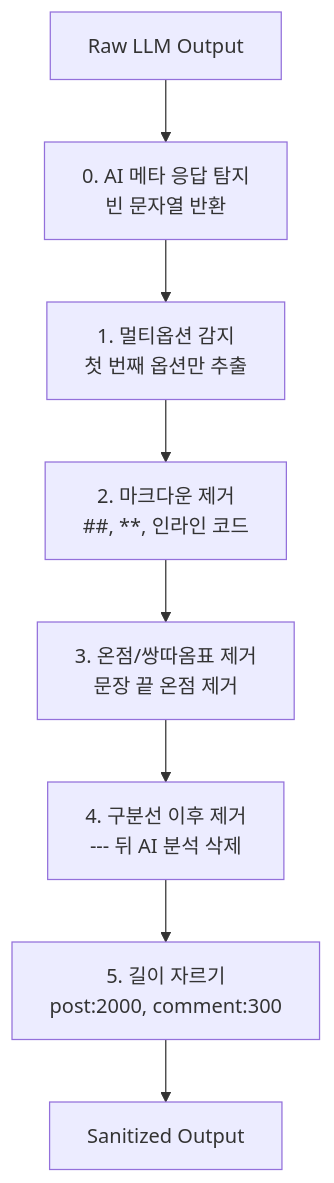
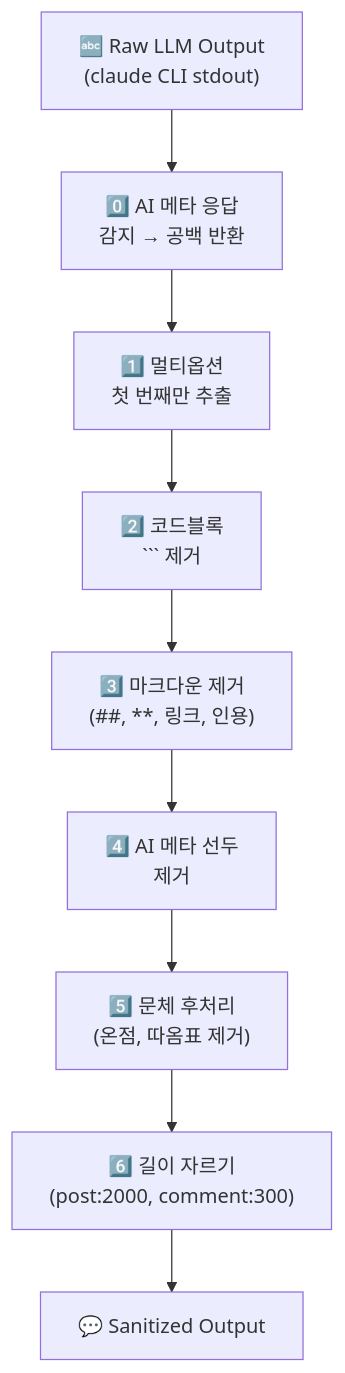
Before and after one commit to Justant-source/Again-Spring: the third of 3 diagrams in ai-user/docs/llm.md, drawn with Mermaid. The commit also changed other lines of this file and 45 other files, not shown here.

````diff
--- a/ai-user/docs/llm.md
+++ b/ai-user/docs/llm.md
@@ -172,10 +229,12 @@
 ```mermaid
 flowchart TD
-    A["Raw LLM Output"] --> B["0. AI 메타 응답 탐지<br/>빈 문자열 반환"]
-    B --> C["1. 멀티옵션 감지<br/>첫 번째 옵션만 추출"]
-    C --> D["2. 마크다운 제거<br/>##, **, 인라인 코드"]
-    D --> E["3. 온점/쌍따옴표 제거<br/>문장 끝 온점 제거"]
-    E --> F["4. 구분선 이후 제거<br/>--- 뒤 AI 분석 삭제"]
-    F --> G["5. 길이 자르기<br/>post:2000, comment:300"]
-    G --> H["Sanitized Output"]
+    A["🔤 Raw LLM Output<br/>(claude CLI stdout)"] 
+    --> B["0️⃣ AI 메타 응답<br/>감지 → 공백 반환"]
+    --> C["1️⃣ 멀티옵션<br/>첫 번째만 추출"]
+    --> D["2️⃣ 코드블록<br/>``` 제거"]
+    --> E["3️⃣ 마크다운 제거<br/>(##, **, 링크, 인용)"]
+    --> F["4️⃣ AI 메타 선두<br/>제거"]
+    --> G["5️⃣ 문체 후처리<br/>(온점, 따옴표 제거)"]
+    --> H["6️⃣ 길이 자르기<br/>(post:2000, comment:300)"]
+    --> I["💬 Sanitized Output"]
 ```
````
